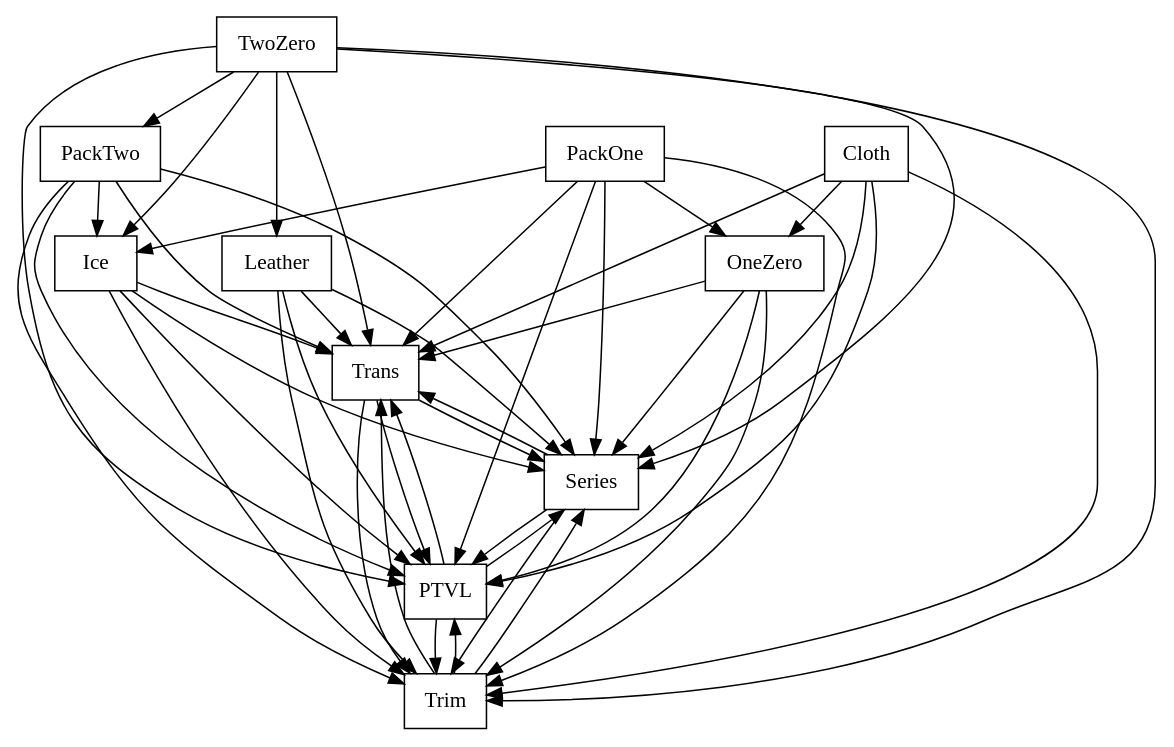
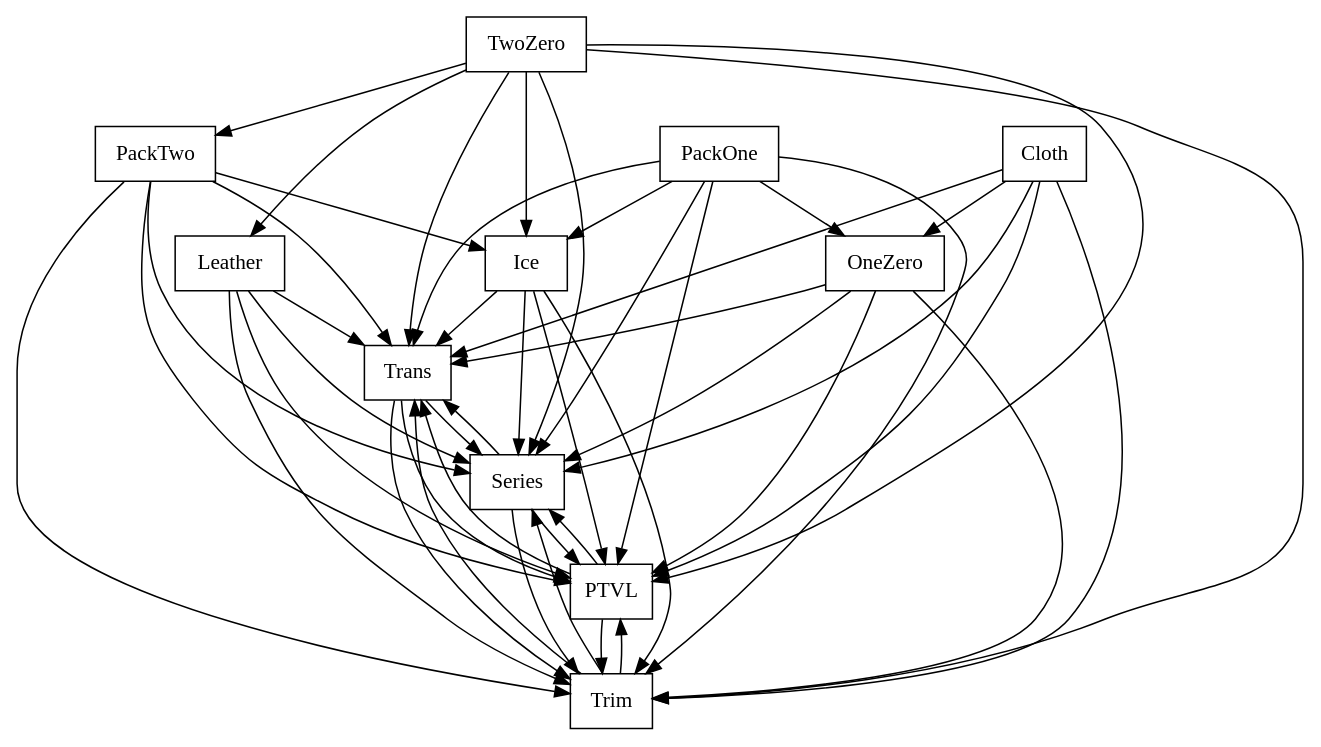
The diagram in FAMILIAR/output/SPLOT-big/fm_173_model_20120627_1512389149.xml.dot (FAMILIAR-project/familiar-language), drawn with Graphviz before and after one commit. The commit also changed 69 other files, not shown here.

```diff
--- a/FAMILIAR/output/SPLOT-big/fm_173_model_20120627_1512389149.xml.dot
+++ b/FAMILIAR/output/SPLOT-big/fm_173_model_20120627_1512389149.xml.dot
@@ -1,63 +1,63 @@
 digraph{
 graph [rankdir=TB];
 node [shape=box];
 edge [arrowhead=normal];
 0[label="Ice",]
-1[label="TwoZero",]
-2[label="Trans",]
-3[label="Cloth",]
-4[label="Leather",]
+1[label="Cloth",]
+2[label="Leather",]
+3[label="TwoZero",]
+4[label="Trans",]
 5[label="OneZero",]
 6[label="Series",]
 7[label="Trim",]
 8[label="PackOne",]
-9[label="PTVL",]
-10[label="PackTwo",]
-0->2[label="",]
+9[label="PackTwo",]
+10[label="PTVL",]
+0->4[label="",]
 0->6[label="",]
 0->7[label="",]
-0->9[label="",]
-1->0[label="",]
-1->2[label="",]
+0->10[label="",]
 1->4[label="",]
+1->5[label="",]
 1->6[label="",]
 1->7[label="",]
-1->9[label="",]
 1->10[label="",]
+2->4[label="",]
 2->6[label="",]
 2->7[label="",]
-2->9[label="",]
+2->10[label="",]
+3->0[label="",]
 3->2[label="",]
-3->5[label="",]
+3->4[label="",]
 3->6[label="",]
 3->7[label="",]
 3->9[label="",]
-4->2[label="",]
+3->10[label="",]
 4->6[label="",]
 4->7[label="",]
-4->9[label="",]
-5->2[label="",]
+4->10[label="",]
+5->4[label="",]
 5->6[label="",]
 5->7[label="",]
-5->9[label="",]
-6->2[label="",]
+5->10[label="",]
+6->4[label="",]
 6->7[label="",]
-6->9[label="",]
-7->2[label="",]
+6->10[label="",]
+7->4[label="",]
 7->6[label="",]
-7->9[label="",]
+7->10[label="",]
 8->0[label="",]
-8->2[label="",]
+8->4[label="",]
 8->5[label="",]
 8->6[label="",]
 8->7[label="",]
-8->9[label="",]
-9->2[label="",]
+8->10[label="",]
+9->0[label="",]
+9->4[label="",]
 9->6[label="",]
 9->7[label="",]
-10->0[label="",]
-10->2[label="",]
+9->10[label="",]
+10->4[label="",]
 10->6[label="",]
 10->7[label="",]
-10->9[label="",]
 }
```
